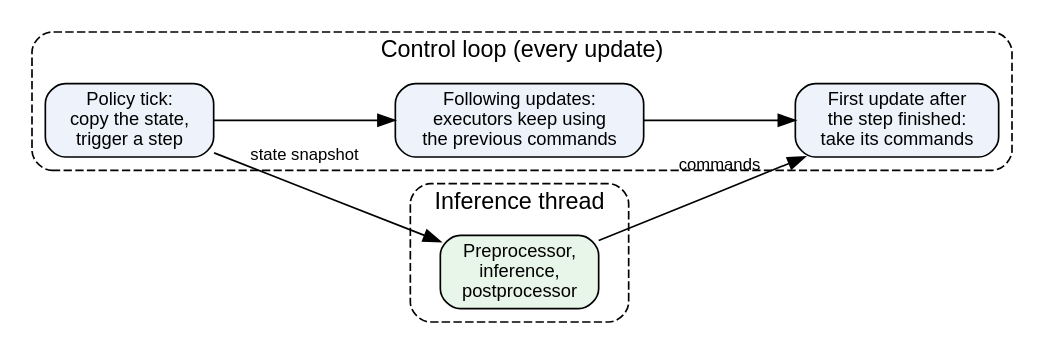
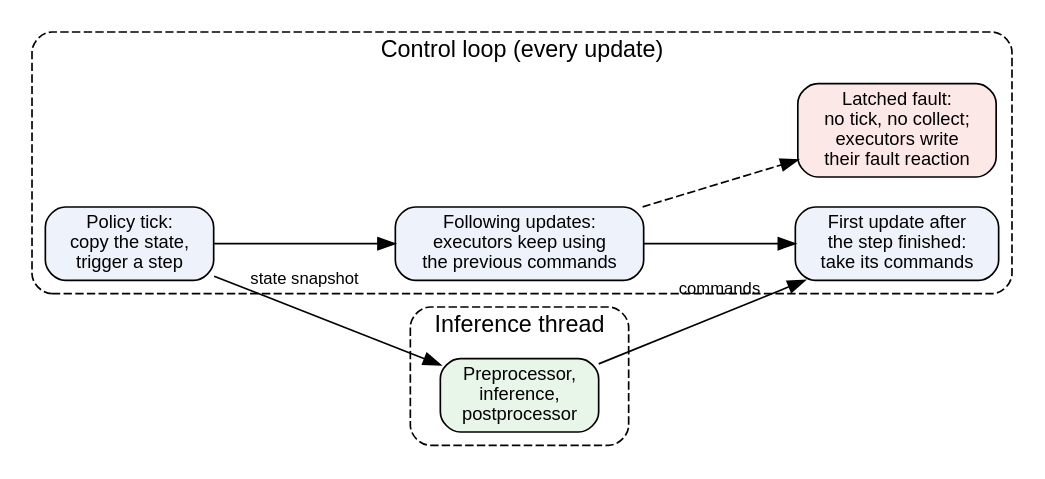
The third of 3 diagrams in docs/hosts.rst (saikishor/ros2_policy_framework), drawn with Graphviz before and after one commit. The commit also changed other lines of this file and 4 other files, not shown here.

Commit message:
Document the fault reactions of PolicyController and update its diagrams

```diff
--- a/docs/hosts.rst
+++ b/docs/hosts.rst
@@ -131,20 +141,22 @@
 .. graphviz::
 
    digraph async_inference {
      rankdir=LR;
      node [shape=box, style="rounded,filled", fillcolor="#eef3fb", fontname="Helvetica", fontsize=11];
      edge [fontname="Helvetica", fontsize=10];
      subgraph cluster_rt {
        label="Control loop (every update)"; style="rounded,dashed"; fontname="Helvetica";
        tick [label="Policy tick:\ncopy the state,\ntrigger a step"];
        between [label="Following updates:\nexecutors keep using\nthe previous commands"];
        collect [label="First update after\nthe step finished:\ntake its commands"];
+       fault [label="Latched fault:\nno tick, no collect;\nexecutors write\ntheir fault reaction", fillcolor="#fde8e8"];
        tick -> between -> collect;
+       between -> fault [style=dashed];
      }
      subgraph cluster_thread {
        label="Inference thread"; style="rounded,dashed"; fontname="Helvetica";
        step [label="Preprocessor,\ninference,\npostprocessor", fillcolor="#e8f5e9"];
      }
      tick -> step [label="state snapshot"];
      step -> collect [label="commands"];
    }
```
